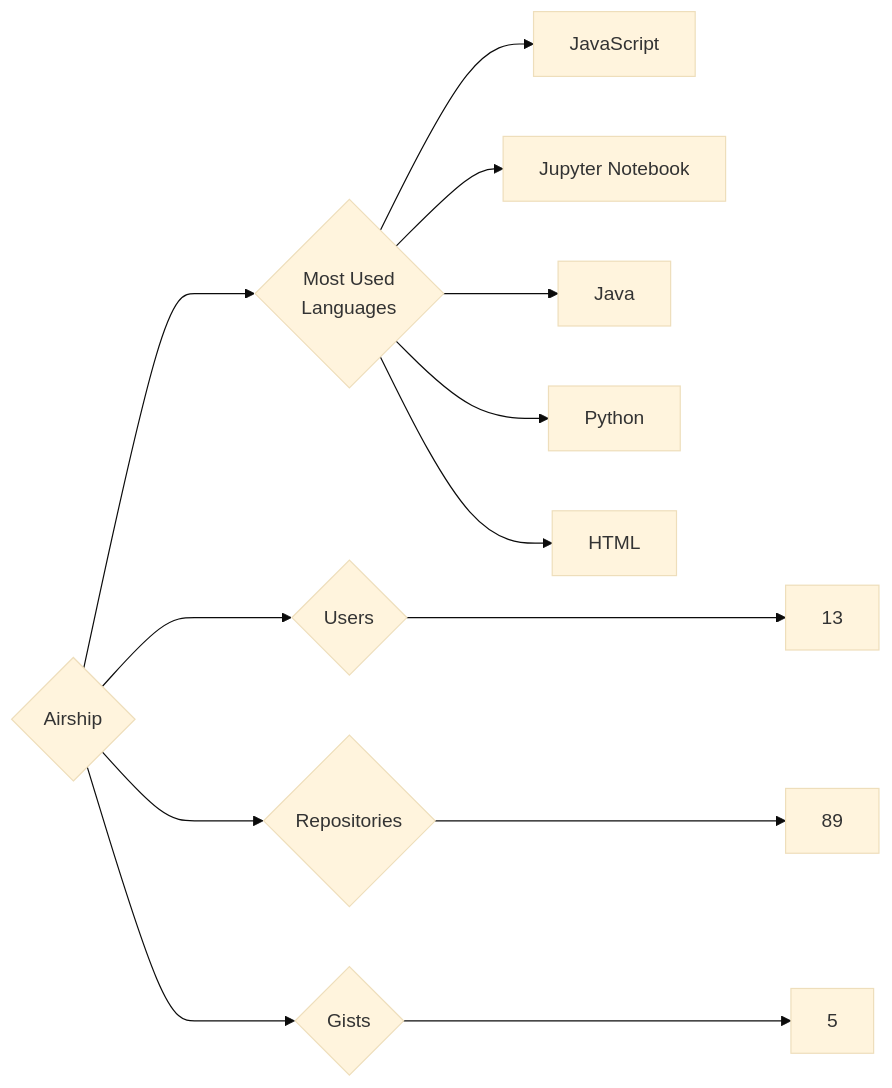
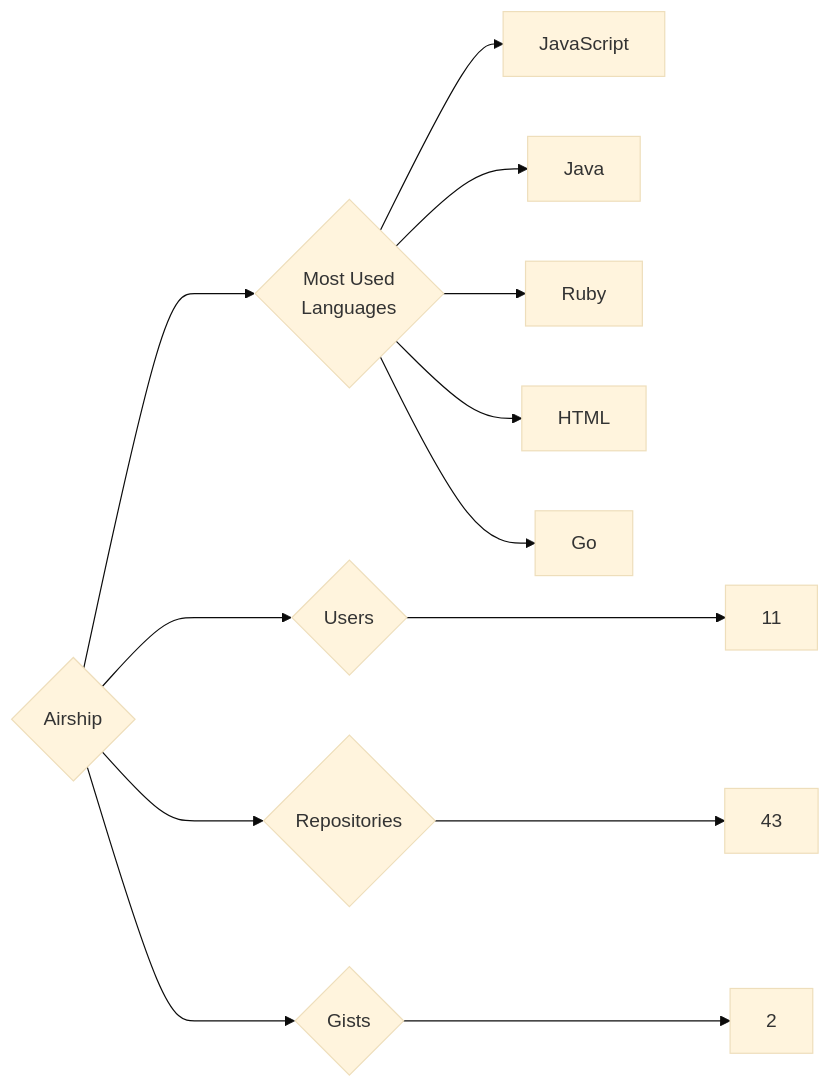
Before and after one commit to trickest/insiders: the diagram in targets/Airship/README.md, drawn with Mermaid (base theme). The commit also changed 777 other files, not shown here.

````diff
--- a/targets/Airship/README.md
+++ b/targets/Airship/README.md
@@ -3,13 +3,13 @@
 ```mermaid
 graph LR
 COMPANY_NAME{Airship}
-COMPANY_NAME ---> U{Users} ---> UN[13]
-COMPANY_NAME ---> R{Repositories} ---> RN[89]
-COMPANY_NAME ---> G{Gists} ---> GN[5]
+COMPANY_NAME ---> U{Users} ---> UN[11]
+COMPANY_NAME ---> R{Repositories} ---> RN[43]
+COMPANY_NAME ---> G{Gists} ---> GN[2]
 COMPANY_NAME ---> ML{Most Used<br>Languages}
 ML --> JavaScript[JavaScript]
-ML --> Jupyter_Notebook[Jupyter Notebook]
 ML --> Java[Java]
-ML --> Python[Python]
+ML --> Ruby[Ruby]
 ML --> HTML[HTML]
+ML --> Go[Go]
 ```
````
